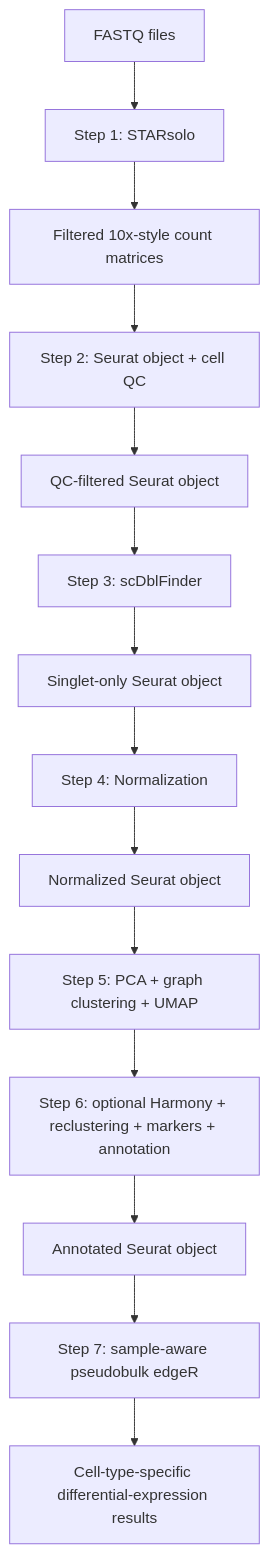
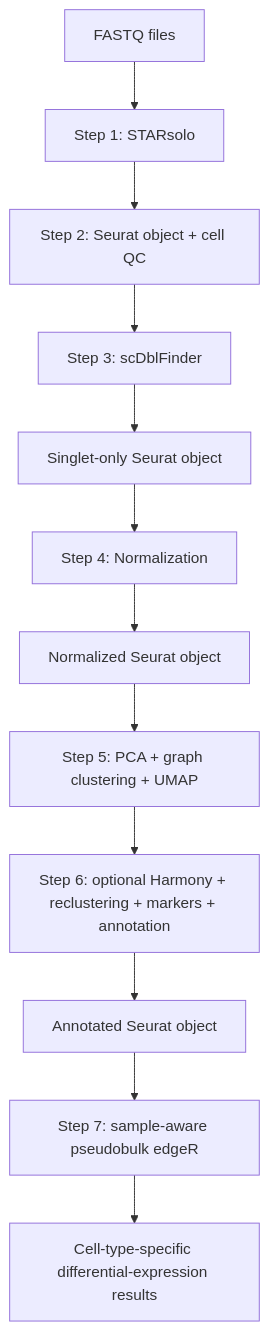
Before and after one commit to fdachet/Genomics: the diagram in Script_R/Chromium_SingleCell/README.md, drawn with Mermaid.

Commit message:
Synchronize: 1 overwrite

````diff
--- a/Script_R/Chromium_SingleCell/README.md
+++ b/Script_R/Chromium_SingleCell/README.md
@@ -14,16 +14,14 @@
 ```mermaid
 flowchart TD
     A[FASTQ files] --> B[Step 1: STARsolo]
-    B --> C[Filtered 10x-style count matrices]
-    C --> D[Step 2: Seurat object + cell QC]
-    D --> E[QC-filtered Seurat object]
-    E --> F[Step 3: scDblFinder]
+    B --> D[Step 2: Seurat object + cell QC]
+    D --> F[Step 3: scDblFinder]
     F --> G[Singlet-only Seurat object]
     G --> H[Step 4: Normalization]
     H --> I[Normalized Seurat object]
     I --> J[Step 5: PCA + graph clustering + UMAP]
     J --> K[Step 6: optional Harmony + reclustering + markers + annotation]
     K --> L[Annotated Seurat object]
     L --> M[Step 7: sample-aware pseudobulk edgeR]
     M --> N[Cell-type-specific differential-expression results]
 ```
````
